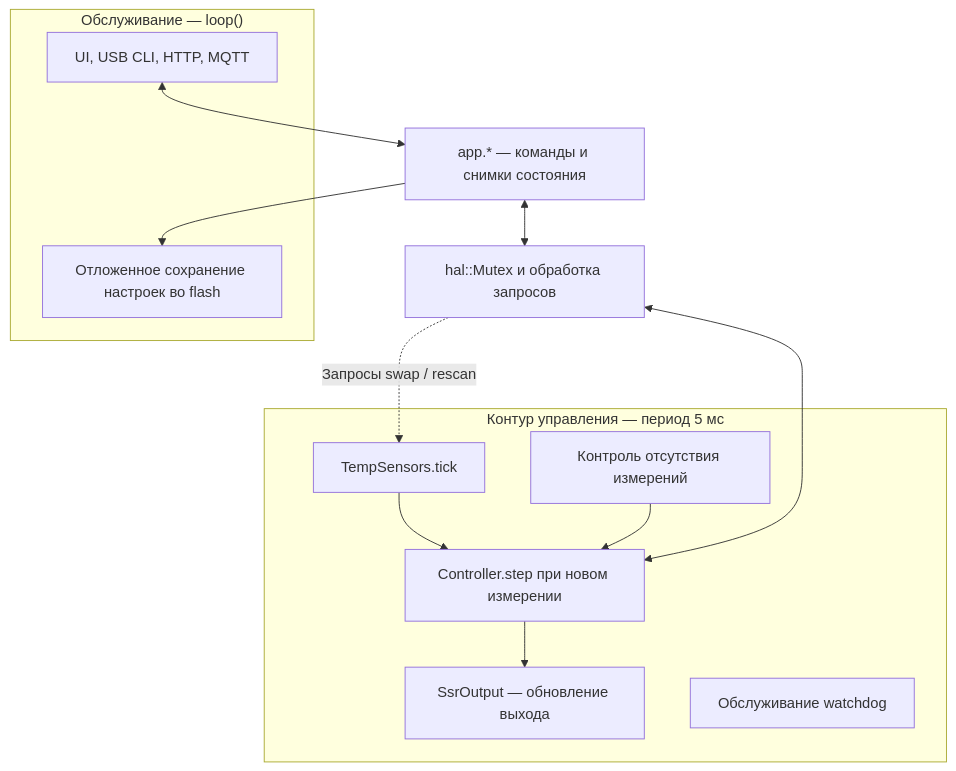
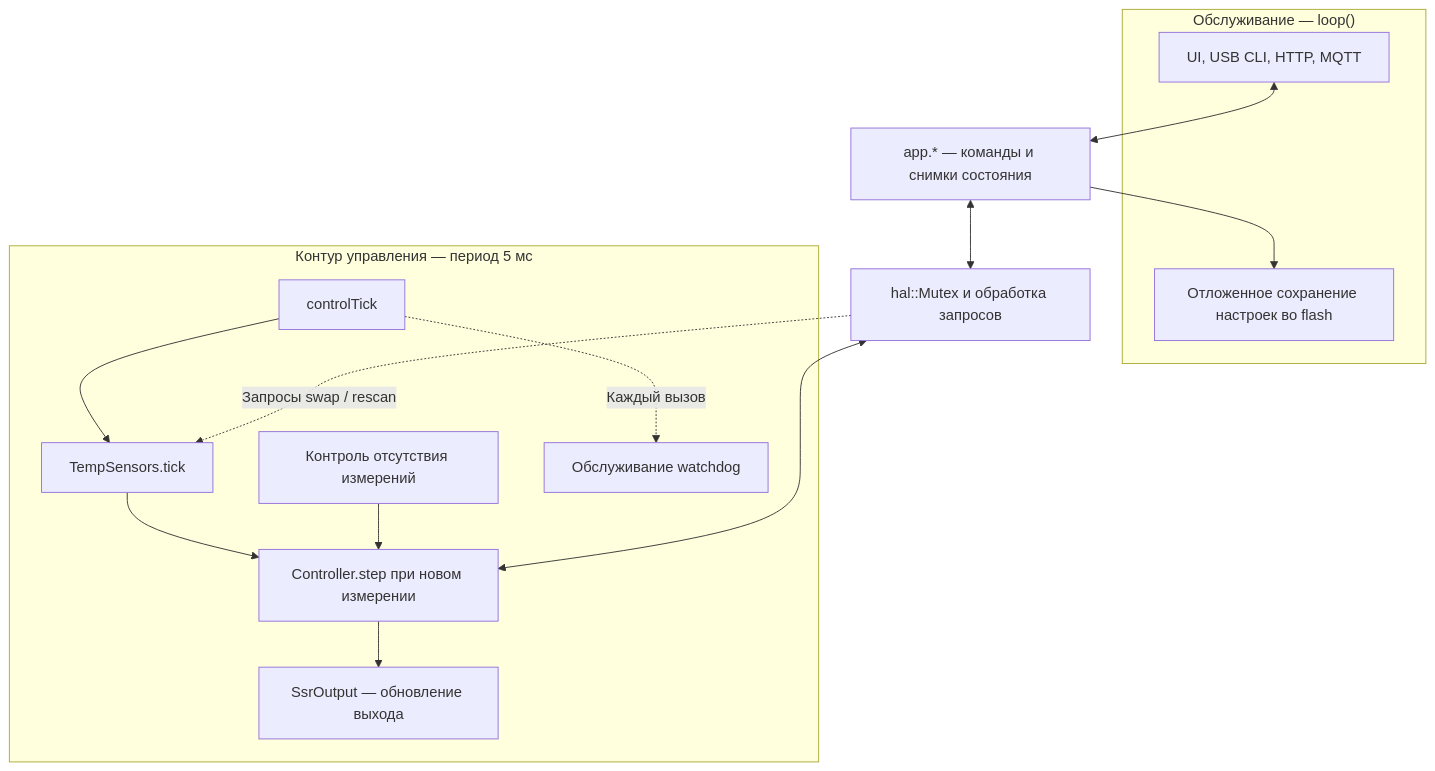
Before and after one commit to vicgor/paraffin-pid: the first of 2 diagrams in docs/architecture.md, drawn with Mermaid.

Commit message:
docs: connect watchdog to controlTick in architecture diagram

````diff
--- a/docs/architecture.md
+++ b/docs/architecture.md
@@ -9,24 +9,32 @@
 ```mermaid
 flowchart TB
     subgraph Service["Обслуживание — loop()"]
         Clients["UI, USB CLI, HTTP, MQTT"]
         Store["Отложенное сохранение настроек во flash"]
     end
+
     API["app.* — команды и снимки состояния"]
     Sync["hal::Mutex и обработка запросов"]
+
     Clients <--> API
     API <--> Sync
     API --> Store
+
     subgraph Control["Контур управления — период 5 мс"]
+        Tick["controlTick"]
         Sensors["TempSensors.tick"]
         Controller["Controller.step при новом измерении"]
         Timeout["Контроль отсутствия измерений"]
         SSR["SsrOutput — обновление выхода"]
         WDT["Обслуживание watchdog"]
+
+        Tick -. "Каждый вызов" .-> WDT
+        Tick --> Sensors
         Sensors --> Controller
         Timeout --> Controller
         Controller --> SSR
     end
+
     Sync <--> Controller
     Sync -. "Запросы swap / rescan" .-> Sensors
 ```
````
